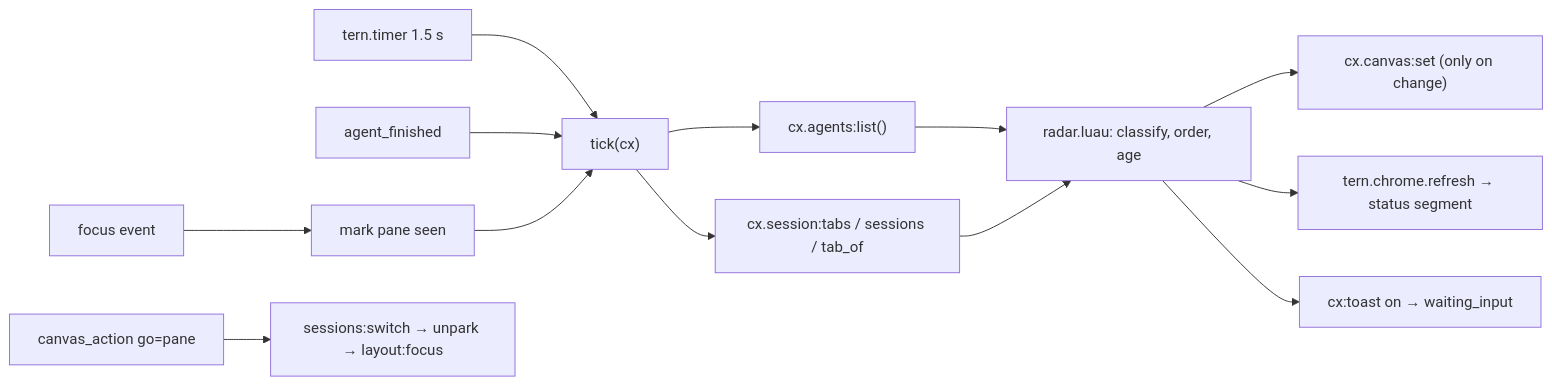
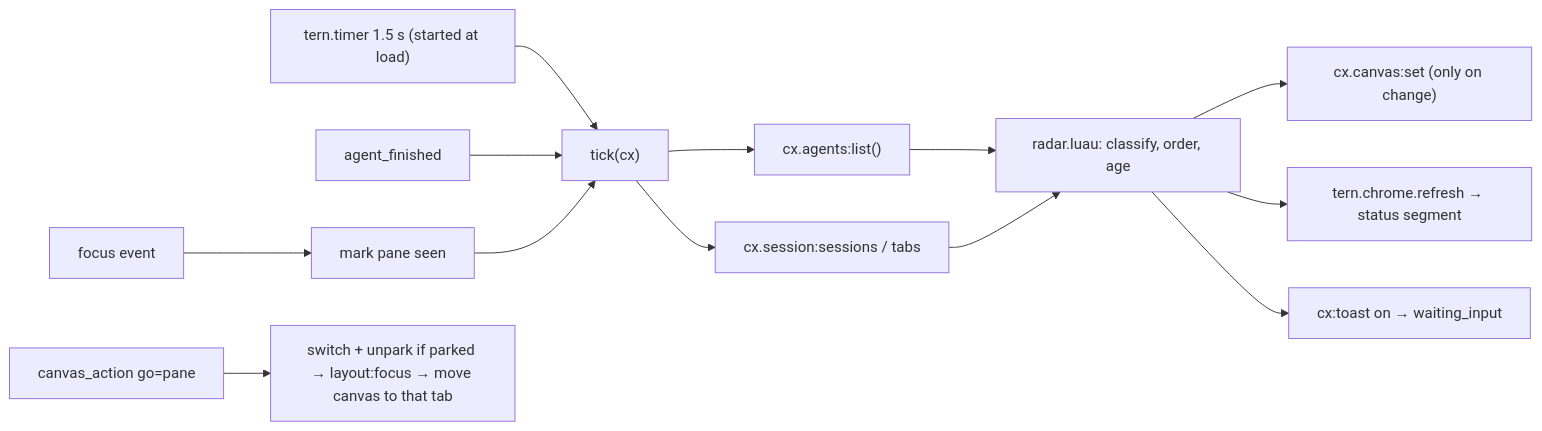
Before and after one commit to edcnogueira/tern-agent-radar: the diagram in DESIGN.md, drawn with Mermaid. The commit also changed other lines of this file and 11 other files, not shown here.

````diff
--- a/DESIGN.md
+++ b/DESIGN.md
@@ -27,13 +29,13 @@
 ```mermaid
 flowchart LR
-  Timer["tern.timer 1.5 s"] --> Tick
+  Timer["tern.timer 1.5 s (started at load)"] --> Tick
   Finished["agent_finished"] --> Tick
   Focus["focus event"] --> Seen["mark pane seen"] --> Tick
   Tick["tick(cx)"] --> List["cx.agents:list()"]
-  Tick --> Where["cx.session:tabs / sessions / tab_of"]
+  Tick --> Where["cx.session:sessions / tabs"]
   List & Where --> Model["radar.luau: classify, order, age"]
   Model --> Canvas["cx.canvas:set (only on change)"]
   Model --> Status["tern.chrome.refresh → status segment"]
   Model --> Toast["cx:toast on → waiting_input"]
-  Click["canvas_action go=pane"] --> Jump["sessions:switch → unpark → layout:focus"]
+  Click["canvas_action go=pane"] --> Jump["switch + unpark if parked → layout:focus → move canvas to that tab"]
 ```
````
